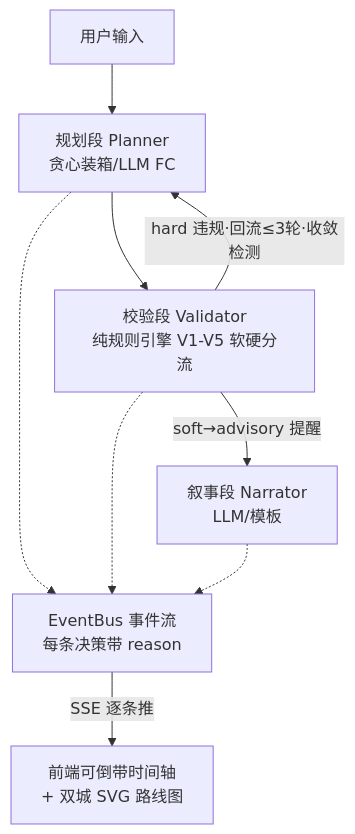
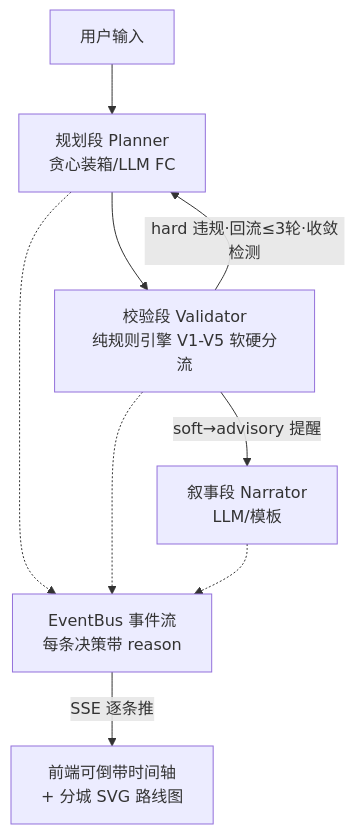
One commit to josndkosa/shudao-agent changed the diagram in README.md. Above: the diagram before and after it, drawn with Mermaid. The commit also changed other lines of this file and 33 other files, not shown here.

First line of the commit message:
feat(data): 03E批次1——西南15城总表+深度层6城101点+V3地形分档+城际自动生成+多城规划与前端动态图幅 [prompt 03E batch 1]

````diff
--- a/README.md
+++ b/README.md
@@ -37,8 +37,8 @@
 ```mermaid
 flowchart TB
     U[用户输入] --> P[规划段 Planner<br/>贪心装箱/LLM FC] --> V[校验段 Validator<br/>纯规则引擎 V1-V5 软硬分流]
     V -->|hard 违规·回流≤3轮·收敛检测| P
     V -->|soft→advisory 提醒| N[叙事段 Narrator<br/>LLM/模板]
     P & V & N -.-> E[EventBus 事件流<br/>每条决策带 reason]
-    E -->|SSE 逐条推| FE[前端可倒带时间轴<br/>+ 双城 SVG 路线图]
+    E -->|SSE 逐条推| FE[前端可倒带时间轴<br/>+ 分城 SVG 路线图]
 ```
````
